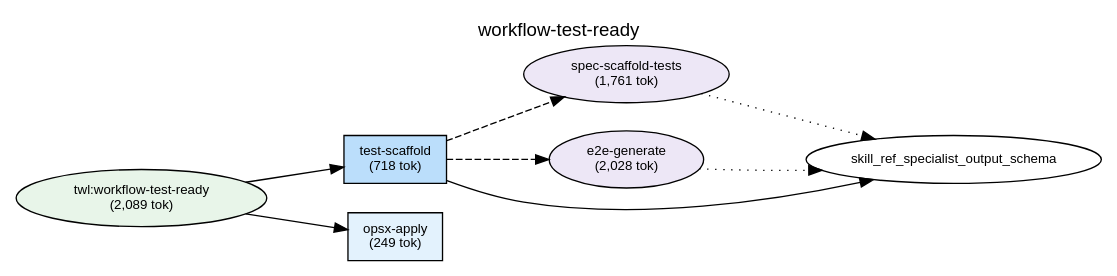
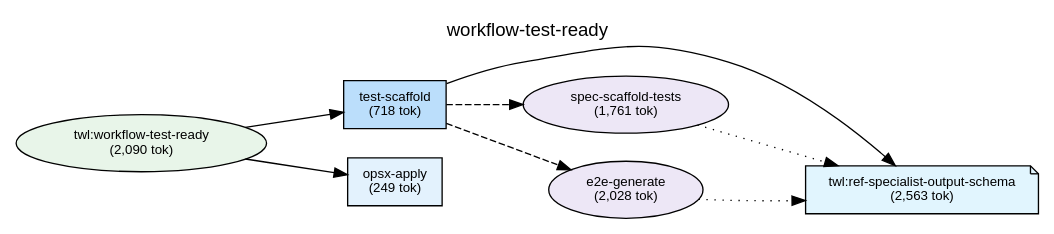
Before and after one commit to shuu5/twill: the diagram in plugins/twl/docs/deps-workflow-test-ready.dot, drawn with Graphviz. The commit also changed 24 other files, not shown here.

```diff
--- a/plugins/twl/docs/deps-workflow-test-ready.dot
+++ b/plugins/twl/docs/deps-workflow-test-ready.dot
@@ -1,55 +1,57 @@
 digraph Dependencies {
     // Graph settings
     rankdir=LR;
     ranksep=0.8;
     nodesep=0.3;
     fontname="Helvetica";
     node [fontname="Helvetica", fontsize=10];
     edge [fontname="Helvetica", fontsize=9];
     label="workflow-test-ready";
     labelloc=t;
     fontsize=14;
 
     // L0: Controller Skills
 
     // L0: Launchers
 
     // L0.5: Workflow Skills
-    skill_workflow_test_ready [label="twl:workflow-test-ready\n(2,089 tok)", shape=ellipse, style=filled, fillcolor="#e8f5e9"];
+    skill_workflow_test_ready [label="twl:workflow-test-ready\n(2,090 tok)", shape=ellipse, style=filled, fillcolor="#e8f5e9"];
 
     // Reference Skills
+    skill_ref_specialist_output_schema [label="twl:ref-specialist-output-schema\n(2,563 tok)", shape=note, style=filled, fillcolor="#e1f5fe"];
 
     // L1: Direct Commands
     cmd_opsx_apply [label="opsx-apply\n(249 tok)", shape=box, style=filled, fillcolor="#e3f2fd"];
     cmd_test_scaffold [label="test-scaffold\n(718 tok)", shape=box, style=filled, fillcolor="#bbdefb"];
 
     // L2: Sub Commands
 
     // L3: Agents
     agent_spec_scaffold_tests [label="spec-scaffold-tests\n(1,761 tok)", shape=ellipse, style=filled, fillcolor="#ede7f6"];
     agent_e2e_generate [label="e2e-generate\n(2,028 tok)", shape=ellipse, style=filled, fillcolor="#ede7f6"];
 
     // L3.5: Scripts
 
     // L4: External
 
     // Layer constraints
     { rank=same; skill_workflow_test_ready; }
+    { rank=same; skill_ref_specialist_output_schema; }
     { rank=same; cmd_opsx_apply; cmd_test_scaffold; }
     { rank=same; agent_spec_scaffold_tests; agent_e2e_generate; }
 
     // Edges
     skill_workflow_test_ready -> cmd_test_scaffold;
     skill_workflow_test_ready -> cmd_opsx_apply;
     cmd_test_scaffold -> agent_spec_scaffold_tests [style=dashed];
     cmd_test_scaffold -> agent_e2e_generate [style=dashed];
     cmd_test_scaffold -> skill_ref_specialist_output_schema;
     agent_spec_scaffold_tests -> skill_ref_specialist_output_schema [style=dotted];
     agent_e2e_generate -> skill_ref_specialist_output_schema [style=dotted];
 
     // Ordering constraints (invisible edges)
     cmd_test_scaffold -> cmd_opsx_apply [style=invis, weight=10];
     agent_spec_scaffold_tests -> agent_e2e_generate [style=invis, weight=10];
     agent_e2e_generate -> skill_ref_specialist_output_schema [style=invis, weight=10];
 
 }
```
